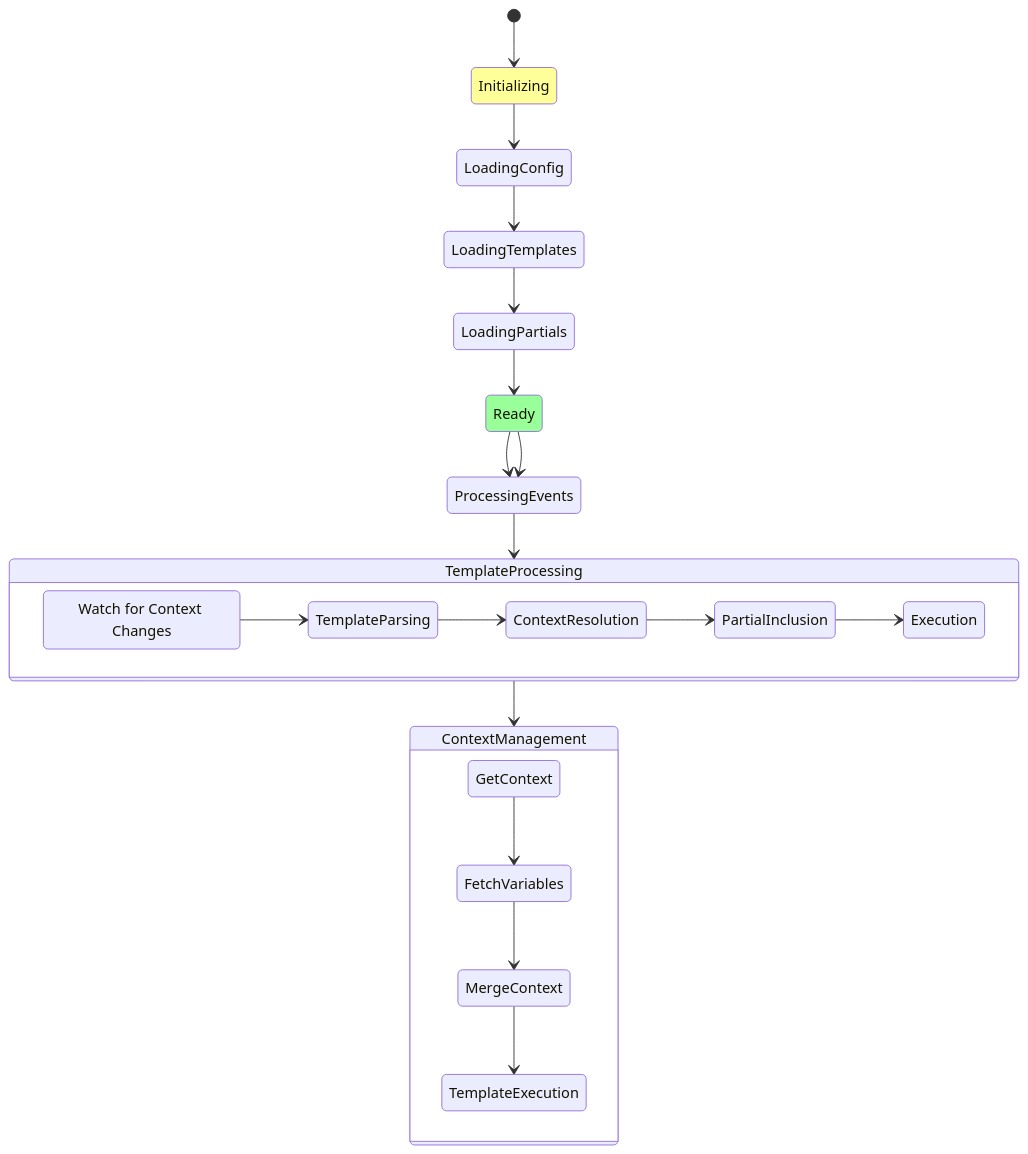
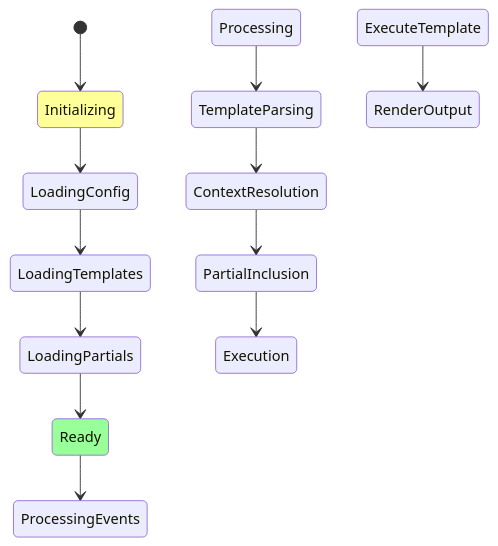
One commit to daredoes/linked-lovelace-ui changed the sixth of 22 diagrams in docs_site/api-evolution.md. Above: the diagram before and after it, drawn with Mermaid. The commit also changed other lines of this file and 1 other file, not shown here.

First line of the commit message:
Fix Mermaid diagram syntax errors in documentation

````diff
--- a/docs_site/api-evolution.md
+++ b/docs_site/api-evolution.md
@@ -139,39 +126,23 @@
 ```mermaid
-stateDiagram-v2
+stateDiagram
     [*] --> Initializing
     
     Initializing --> LoadingConfig
     LoadingConfig --> LoadingTemplates
     
     LoadingTemplates --> LoadingPartials
     
     LoadingPartials --> Ready
     
     Ready --> ProcessingEvents
     
-    state TemplateProcessing {
-        direction LR
-        Processing --> TemplateParsing
-        TemplateParsing --> ContextResolution
-        ContextResolution --> PartialInclusion
-        PartialInclusion --> Execution
-        
-        Processing: Watch for Context Changes
-    }
+    Processing --> TemplateParsing
+    TemplateParsing --> ContextResolution
+    ContextResolution --> PartialInclusion
+    PartialInclusion --> Execution
     
-    ProcessingEvents --> TemplateProcessing
-    
-    state ContextManagement {
-        direction TB
-        GetContext --> FetchVariables
-        FetchVariables --> MergeContext
-        MergeContext --> TemplateExecution
-    }
-    
-    TemplateProcessing --> ContextManagement
-    
-    Ready --> ProcessingEvents
+    ExecuteTemplate --> RenderOutput
     
     style Initializing fill:#ff9
     style Ready fill:#9f9
 ```
````
